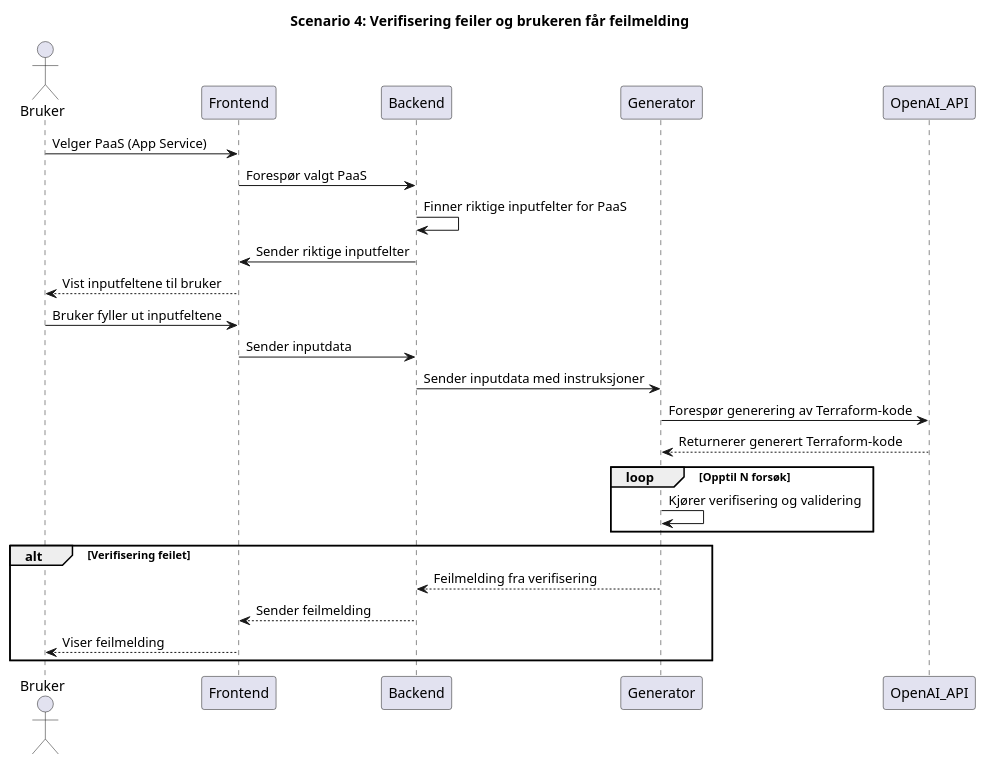
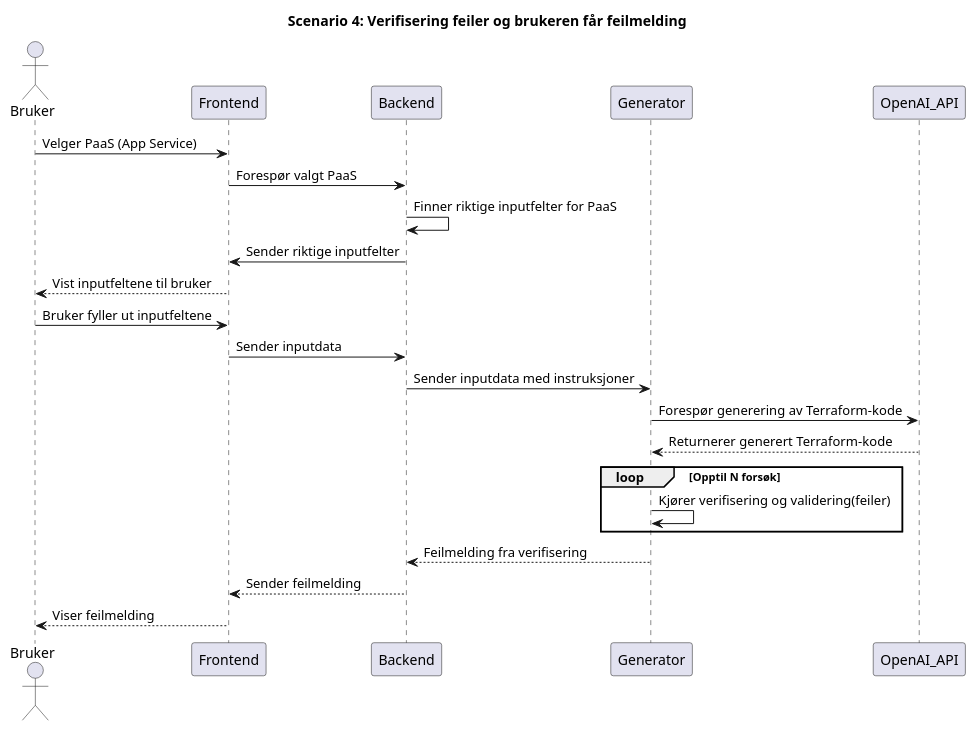
The diagram in UML_Diagrammer/Applikasjonsflyt-LLM-v3/validering_feiler.puml (Bachelor-B25ITK12/Diagrammer), drawn with PlantUML before and after one commit. The commit also changed 8 other files, not shown here.

Commit message:
Bilder for alle sekvensdiagrammer(v3 av LLM og Manuell) har blitt lagt til.

```diff
--- a/UML_Diagrammer/Applikasjonsflyt-LLM-v3/validering_feiler.puml
+++ b/UML_Diagrammer/Applikasjonsflyt-LLM-v3/validering_feiler.puml
@@ -1,32 +1,32 @@
 @startuml
 actor Bruker as Bruker
 participant Frontend as Frontend
 participant Backend as Backend
 participant Generator as Generator
 participant OpenAI_API as OpenAI_API
 
 title Scenario 4: Verifisering feiler og brukeren får feilmelding
 
 Bruker -> Frontend : Velger PaaS (App Service)
 Frontend -> Backend : Forespør valgt PaaS
 Backend -> Backend : Finner riktige inputfelter for PaaS
 Backend -> Frontend : Sender riktige inputfelter
 Frontend --> Bruker : Vist inputfeltene til bruker
 Bruker -> Frontend : Bruker fyller ut inputfeltene
 Frontend -> Backend : Sender inputdata
 Backend -> Generator : Sender inputdata med instruksjoner
 
 Generator -> OpenAI_API : Forespør generering av Terraform-kode
 OpenAI_API --> Generator : Returnerer generert Terraform-kode
 
 
 loop Opptil N forsøk
-Generator -> Generator : Kjører verifisering og validering
+Generator -> Generator : Kjører verifisering og validering(feiler)
 end loop
 
-alt Verifisering feilet
+
 Generator --> Backend : Feilmelding fra verifisering
 Backend --> Frontend : Sender feilmelding
 Frontend --> Bruker : Viser feilmelding
-end
+
 @enduml
```
